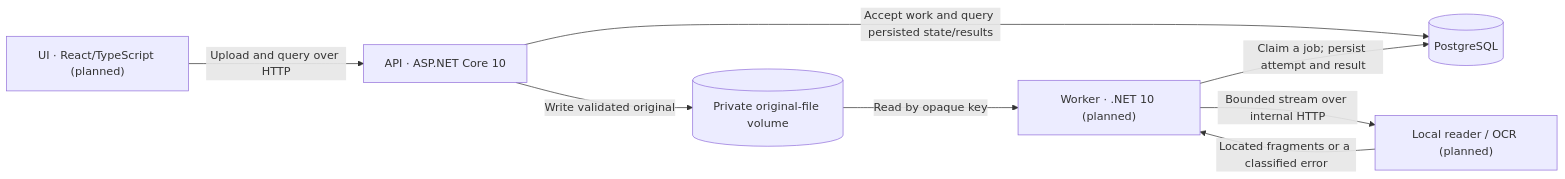
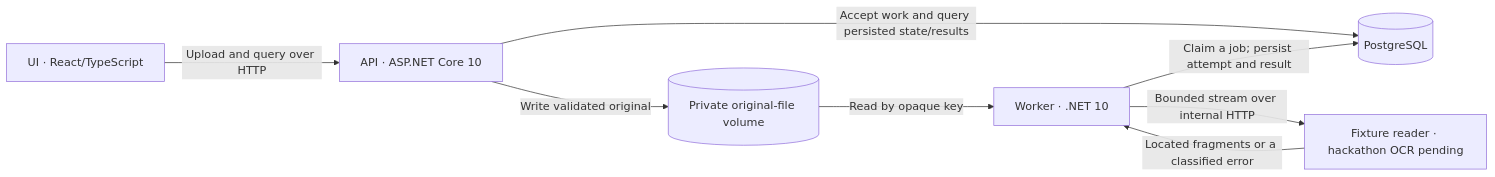
Before and after one commit to lokomurdok89/HackthonSpurs: the diagram in docs/ARCHITECTURE.md, drawn with Mermaid. The commit also changed other lines of this file and 43 other files, not shown here.

Commit message:
Connect the document UI to the API and add a leased synthetic worker

````diff
--- a/docs/ARCHITECTURE.md
+++ b/docs/ARCHITECTURE.md
@@ -11,10 +11,10 @@
 ```mermaid
 flowchart LR
-    U["UI · React/TypeScript (planned)"] -->|"Upload and query over HTTP"| A["API · ASP.NET Core 10"]
+    U["UI · React/TypeScript"] -->|"Upload and query over HTTP"| A["API · ASP.NET Core 10"]
     A -->|"Accept work and query persisted state/results"| P[("PostgreSQL")]
     A -->|"Write validated original"| F[("Private original-file volume")]
-    W["Worker · .NET 10 (planned)"] -->|"Claim a job; persist attempt and result"| P
+    W["Worker · .NET 10"] -->|"Claim a job; persist attempt and result"| P
     F -->|"Read by opaque key"| W
-    W -->|"Bounded stream over internal HTTP"| O["Local reader / OCR (planned)"]
+    W -->|"Bounded stream over internal HTTP"| O["Fixture reader · hackathon OCR pending"]
     O -->|"Located fragments or a classified error"| W
 ```
````
